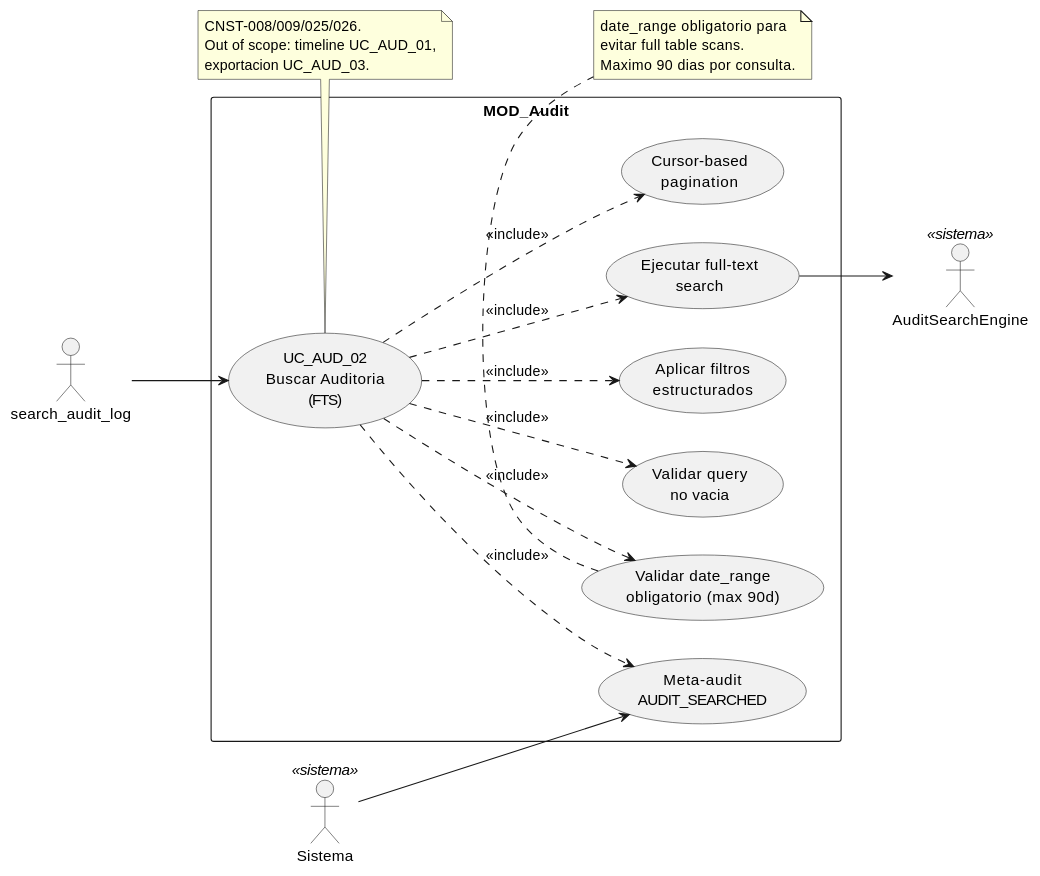
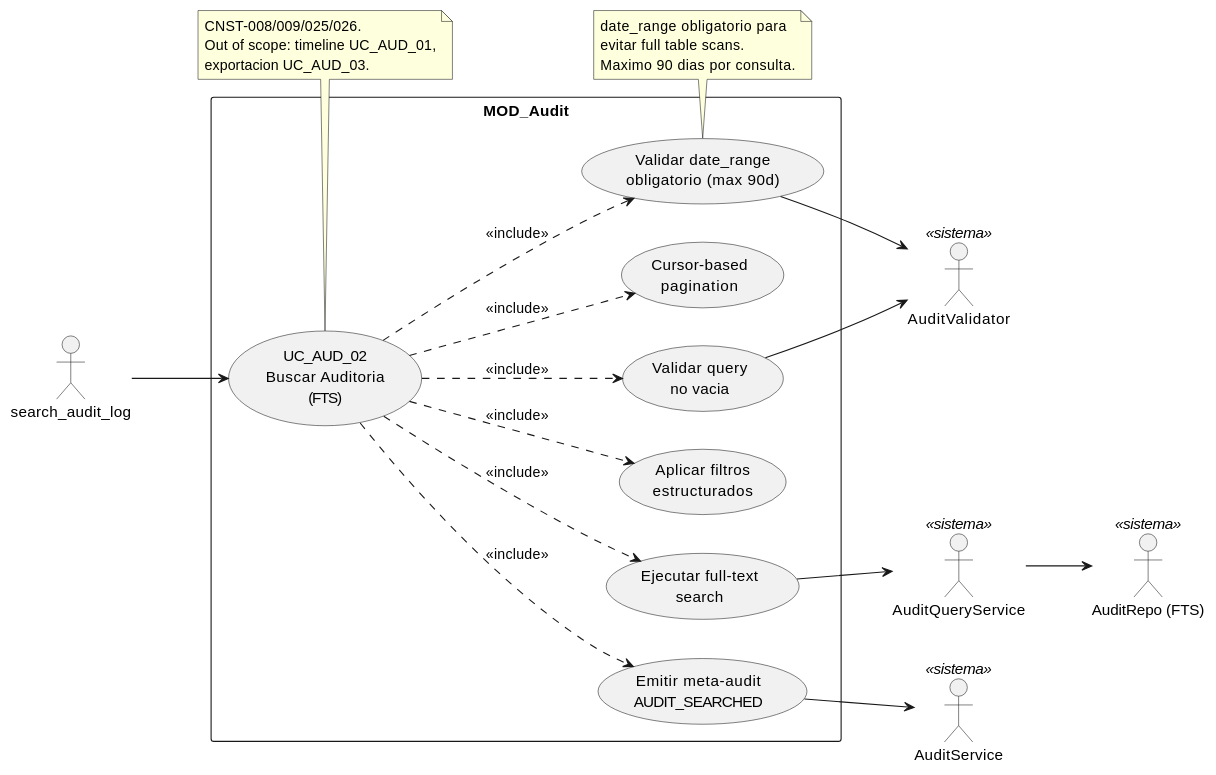
Before and after one commit to jcg-admin/IACT-docs: the diagram in source/requisitos/casos-uso/audit/uc-aud-02/diagramas-uml/diagrama-de-caso-de-uso.rst, drawn with PlantUML. The commit also changed other lines of this file and 52 other files, not shown here.

```diff
--- a/source/requisitos/casos-uso/audit/uc-aud-02/diagramas-uml/diagrama-de-caso-de-uso.rst
+++ b/source/requisitos/casos-uso/audit/uc-aud-02/diagramas-uml/diagrama-de-caso-de-uso.rst
@@ -4,45 +4,50 @@
 .. uml::
  :caption: UC_AUD_02 — actores y casos asociados
 
  @startuml
 
  left to right direction
 
  actor "search_audit_log" as INVOKER
- actor "AuditSearchEngine" as FTS <<sistema>>
- actor "Sistema" as Sistema <<sistema>>
+ actor "AuditQueryService" as AQS <<sistema>>
+ actor "AuditRepo (FTS)" as AR <<sistema>>
+ actor "AuditValidator" as AV <<sistema>>
+ actor "AuditService" as AS <<sistema>>
 
  rectangle "MOD_Audit" {
    usecase "UC_AUD_02\nBuscar Auditoria\n(FTS)" as UC_AUD_02
    usecase "Validar query\nno vacia" as VALIDAR_QUERY
    usecase "Validar date_range\nobligatorio (max 90d)" as VALIDAR_RANGE
    usecase "Aplicar filtros\nestructurados" as FILTROS
    usecase "Ejecutar full-text\nsearch" as FTS_QUERY
    usecase "Cursor-based\npagination" as PAGINACION
-   usecase "Meta-audit\nAUDIT_SEARCHED" as METAAUDIT
+   usecase "Emitir meta-audit\nAUDIT_SEARCHED" as METAAUDIT
  }
 
  INVOKER --> UC_AUD_02
  UC_AUD_02 ..> VALIDAR_QUERY : <<include>>
  UC_AUD_02 ..> VALIDAR_RANGE : <<include>>
  UC_AUD_02 ..> FILTROS : <<include>>
  UC_AUD_02 ..> FTS_QUERY : <<include>>
  UC_AUD_02 ..> PAGINACION : <<include>>
  UC_AUD_02 ..> METAAUDIT : <<include>>
 
- FTS_QUERY --> FTS
- Sistema --> METAAUDIT
+ VALIDAR_QUERY --> AV
+ VALIDAR_RANGE --> AV
+ FTS_QUERY --> AQS
+ AQS --> AR
+ METAAUDIT --> AS
 
  note bottom of VALIDAR_RANGE
    date_range obligatorio para
    evitar full table scans.
    Maximo 90 dias por consulta.
  end note
 
  note bottom of UC_AUD_02
    CNST-008/009/025/026.
    Out of scope: timeline UC_AUD_01,
    exportacion UC_AUD_03.
  end note
 
  @enduml
```
